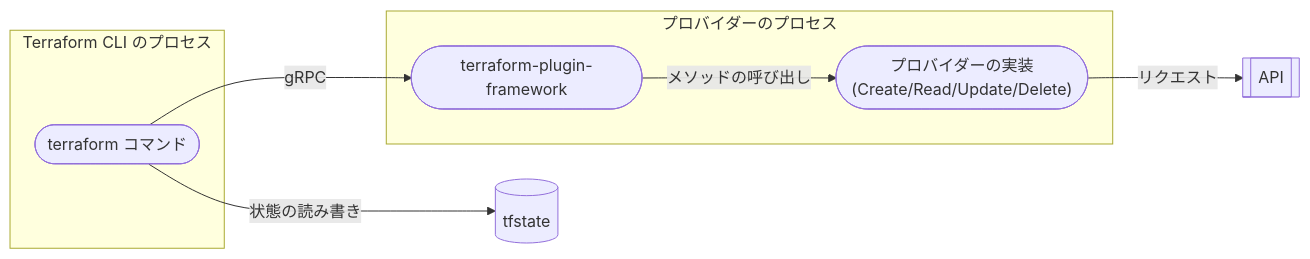
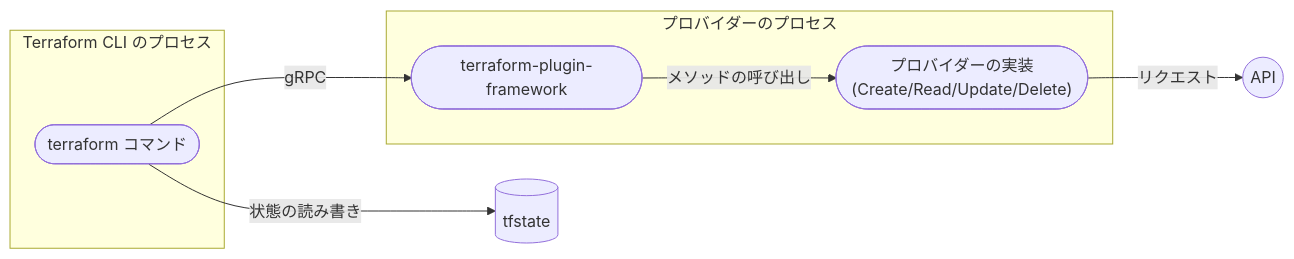
One commit to hiroki-it/tech-notebook changed the second of 5 diagrams in docs/infrastructure_as_code/infrastructure_as_code_terraform_provider_self.md. Above: the diagram before and after it, drawn with Mermaid. The commit also changed other lines of this file, not shown here.

````diff
--- a/docs/infrastructure_as_code/infrastructure_as_code_terraform_provider_self.md
+++ b/docs/infrastructure_as_code/infrastructure_as_code_terraform_provider_self.md
@@ -51,19 +54,19 @@
 ```mermaid
 flowchart LR
     subgraph TerraformProcess["Terraform CLI のプロセス"]
         Terraform(["terraform コマンド"])
     end
 
     subgraph ProviderProcess["プロバイダーのプロセス"]
         Framework(["terraform-plugin-framework"])
         Resource(["プロバイダーの実装<br/>(Create/Read/Update/Delete)"])
     end
 
-    API[["API"]]
+    API(("API"))
     State[("tfstate")]
 
     Terraform -->|"gRPC"| Framework
     Framework -->|"メソッドの呼び出し"| Resource
     Resource -->|"リクエスト"| API
     Terraform -->|"状態の読み書き"| State
 ```
````
